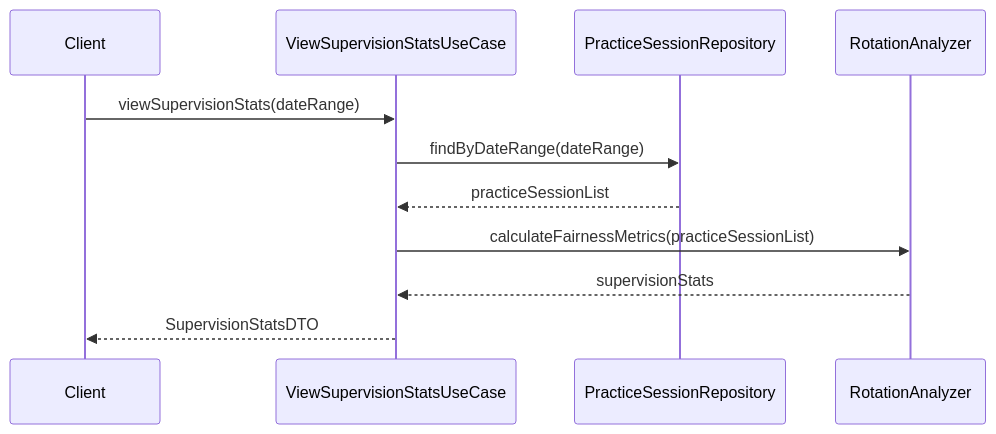
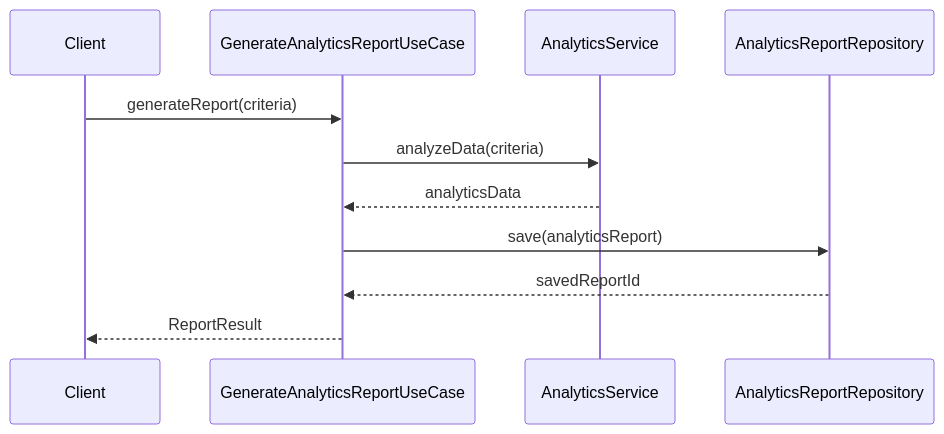
One commit to NowatariSoma/tomosigoto_nou_system changed diagram 13 of 18 in 設計書/05_アプリケーション層.md. Above: the diagram before and after it, drawn with Mermaid. The commit also changed other lines of this file and 12 other files, not shown here.

````diff
--- a/設計書/05_アプリケーション層.md
+++ b/設計書/05_アプリケーション層.md
@@ -382,14 +444,14 @@
 ```mermaid
 sequenceDiagram
     participant Client
-    participant UseCase as ViewSupervisionStatsUseCase
-    participant Repository as PracticeSessionRepository
-    participant Analyzer as RotationAnalyzer
+    participant UseCase as GenerateAnalyticsReportUseCase
+    participant Service as AnalyticsService
+    participant Repository as AnalyticsReportRepository
     
-    Client->>UseCase: viewSupervisionStats(dateRange)
-    UseCase->>Repository: findByDateRange(dateRange)
-    Repository-->>UseCase: practiceSessionList
-    UseCase->>Analyzer: calculateFairnessMetrics(practiceSessionList)
-    Analyzer-->>UseCase: supervisionStats
-    UseCase-->>Client: SupervisionStatsDTO
+    Client->>UseCase: generateReport(criteria)
+    UseCase->>Service: analyzeData(criteria)
+    Service-->>UseCase: analyticsData
+    UseCase->>Repository: save(analyticsReport)
+    Repository-->>UseCase: savedReportId
+    UseCase-->>Client: ReportResult
 ```
````
